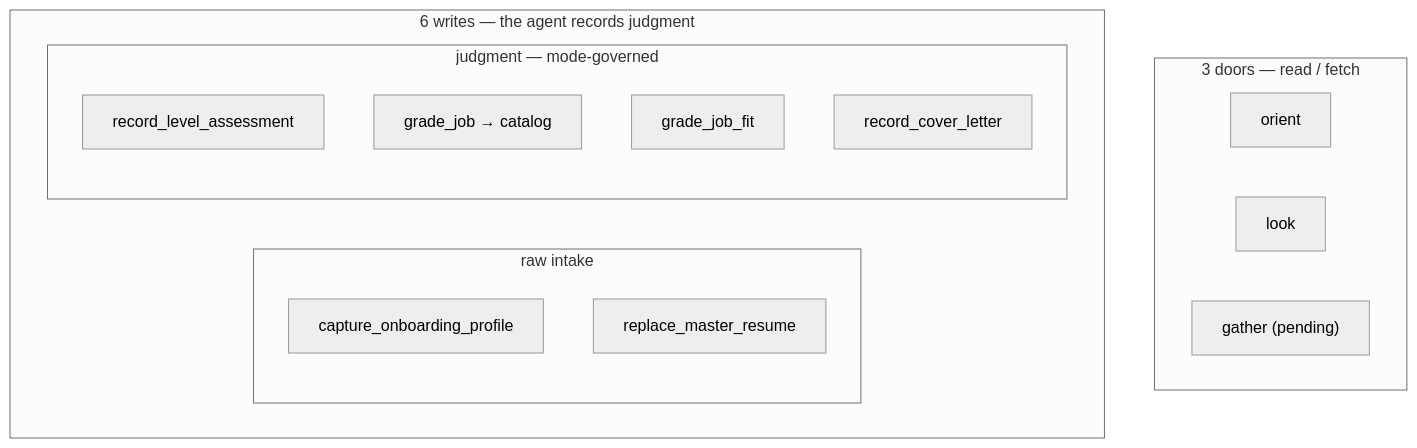
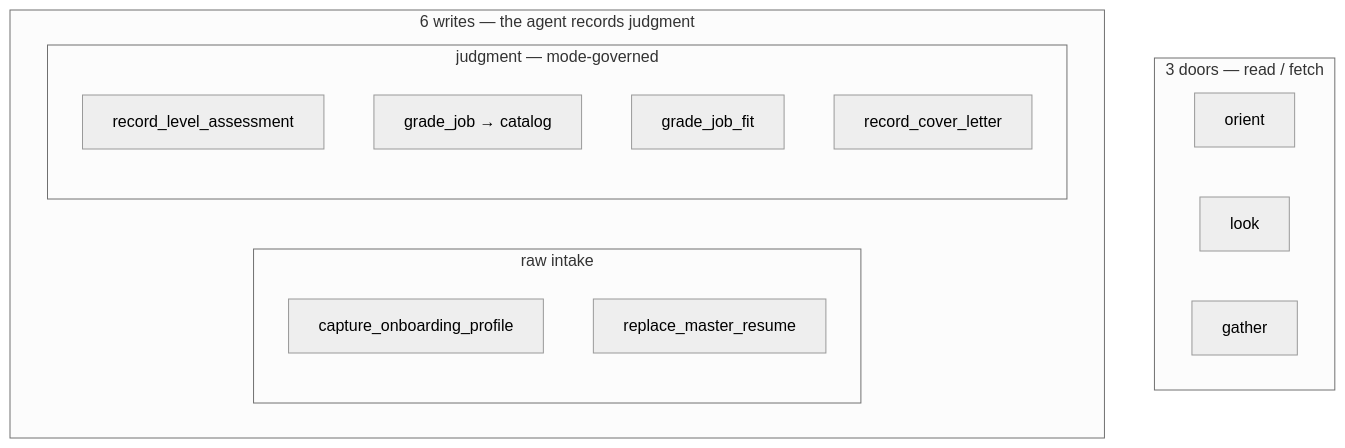
One commit to algorhythmic/jobbot9000 changed the second of 3 diagrams in README.md. Above: the diagram before and after it, drawn with Mermaid (neutral theme). The commit also changed other lines of this file and 5 other files, not shown here.

````diff
--- a/README.md
+++ b/README.md
@@ -33,20 +34,20 @@
 ```mermaid
 flowchart TB
   subgraph Doors["3 doors — read / fetch"]
     orient
     look
-    gather["gather (pending)"]
+    gather
   end
   subgraph Writes["6 writes — the agent records judgment"]
     subgraph Raw["raw intake"]
       capture_onboarding_profile
       replace_master_resume
     end
     subgraph Judgment["judgment — mode-governed"]
       record_level_assessment
       grade_job["grade_job → catalog"]
       grade_job_fit
       record_cover_letter
     end
   end
 ```
````
